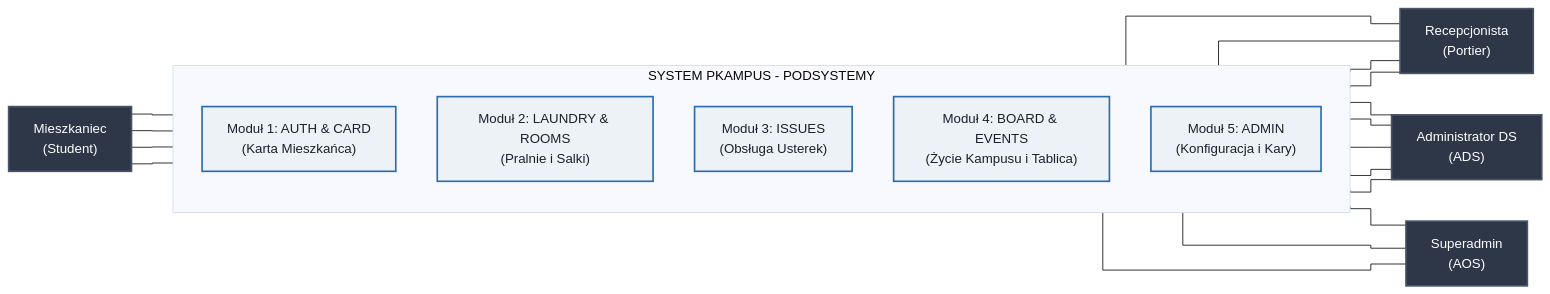
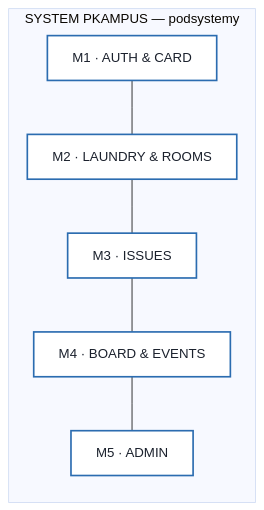
The second of 9 diagrams in Docs/Diagramy_Przypadkow_Uzycia.md (Buczy8/PKampus), drawn with Mermaid (base theme) before and after one commit. The commit also changed other lines of this file and 7 other files, not shown here.

````diff
--- a/Docs/Diagramy_Przypadkow_Uzycia.md
+++ b/Docs/Diagramy_Przypadkow_Uzycia.md
@@ -42,44 +45,18 @@
 ```mermaid
-%%{init: {'flowchart': {'curve': 'stepBefore'}}}%%
-flowchart LR
-    classDef studentStyle fill:#2d3748,stroke:#4a5568,stroke-width:2px,color:#fff;
-    classDef staffStyle fill:#2d3748,stroke:#4a5568,stroke-width:2px,color:#fff;
-    classDef moduleStyle fill:#edf2f7,stroke:#2b6cb0,stroke-width:2px,color:#1a202c;
+%%{init: {'flowchart': {'curve': 'stepBefore', 'nodeSpacing': 25, 'rankSpacing': 40}}}%%
+flowchart TB
+    classDef uc fill:#fff,stroke:#2b6cb0,stroke-width:2px,color:#1a202c;
 
-    Student["Mieszkaniec<br/>(Student)"]:::studentStyle
-
-    subgraph Granica_Systemu ["SYSTEM PKAMPUS - PODSYSTEMY"]
+    subgraph SYS["SYSTEM PKAMPUS — podsystemy"]
         direction TB
-        M1["Moduł 1: AUTH & CARD<br/>(Karta Mieszkańca)"]:::moduleStyle
-        M2["Moduł 2: LAUNDRY & ROOMS<br/>(Pralnie i Salki)"]:::moduleStyle
-        M3["Moduł 3: ISSUES<br/>(Obsługa Usterek)"]:::moduleStyle
-        M4["Moduł 4: BOARD & EVENTS<br/>(Życie Kampusu i Tablica)"]:::moduleStyle
-        M5["Moduł 5: ADMIN<br/>(Konfiguracja i Kary)"]:::moduleStyle
+        M1["M1 · AUTH & CARD"]:::uc
+        M2["M2 · LAUNDRY & ROOMS"]:::uc
+        M3["M3 · ISSUES"]:::uc
+        M4["M4 · BOARD & EVENTS"]:::uc
+        M5["M5 · ADMIN"]:::uc
+        M1 --- M2
+        M2 --- M3
+        M3 --- M4
+        M4 --- M5
     end
-
-    Portier["Recepcjonista<br/>(Portier)"]:::staffStyle
-    AdminDS["Administrator DS<br/>(ADS)"]:::staffStyle
-    SuperAdmin["Superadmin<br/>(AOS)"]:::staffStyle
-
-    %% Relacje Mieszkańca (lewa strona)
-    Student --- M1
-    Student --- M2
-    Student --- M3
-    Student --- M4
-
-    %% Relacje Portiera (prawa strona - operacje codzienne i dyżurne)
-    M1 --- Portier
-    M2 --- Portier
-    M3 --- Portier
-    M4 --- Portier
-
-    %% Relacje Administracji (prawa strona - nadzór i konfiguracja)
-    M1 --- AdminDS
-    M1 --- SuperAdmin
-    M2 --- AdminDS
-    M3 --- AdminDS
-    M4 --- AdminDS
-    M4 --- SuperAdmin
-    M5 --- AdminDS
-    M5 --- SuperAdmin
 ```
````
